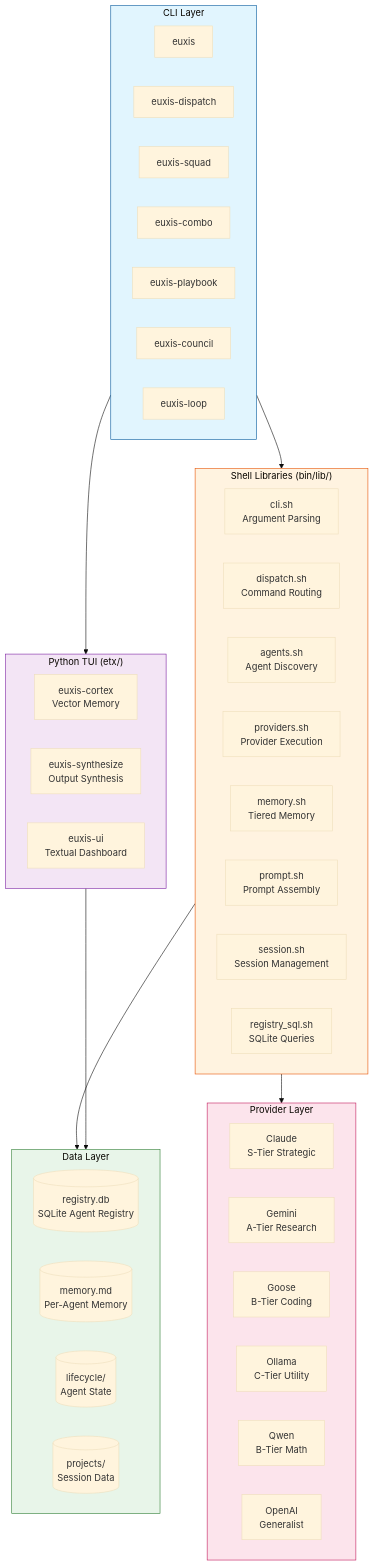
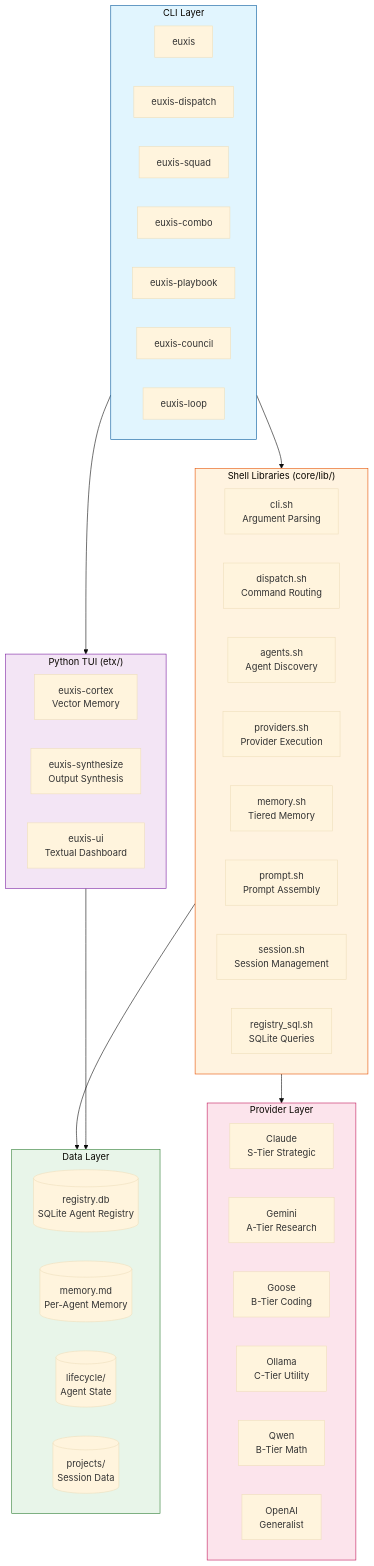
Before and after one commit to sebastienrousseau/euxis: the first of 16 diagrams in docs/essentials/architecture.md, drawn with Mermaid (base theme). The commit also changed 61 other files, not shown here.

First line of the commit message:
refactor: move shell libs to core module

````diff
--- a/docs/essentials/architecture.md
+++ b/docs/essentials/architecture.md
@@ -27,62 +27,62 @@
 ```mermaid
 flowchart TB
     subgraph CLI["CLI Layer"]
         direction LR
         euxis[euxis]
         dispatch[euxis-dispatch]
         squad[euxis-squad]
         combo[euxis-combo]
         playbook[euxis-playbook]
         council[euxis-council]
         loop[euxis-loop]
     end
 
-    subgraph ShellLib["Shell Libraries (bin/lib/)"]
+    subgraph ShellLib["Shell Libraries (core/lib/)"]
         direction LR
         cli_sh[cli.sh<br/>Argument Parsing]
         dispatch_sh[dispatch.sh<br/>Command Routing]
         agents_sh[agents.sh<br/>Agent Discovery]
         providers_sh[providers.sh<br/>Provider Execution]
         memory_sh[memory.sh<br/>Tiered Memory]
         prompt_sh[prompt.sh<br/>Prompt Assembly]
         session_sh[session.sh<br/>Session Management]
         registry_sql_sh[registry_sql.sh<br/>SQLite Queries]
     end
 
     subgraph TUI["Python TUI (etx/)"]
         direction LR
         cortex[euxis-cortex<br/>Vector Memory]
         synthesize[euxis-synthesize<br/>Output Synthesis]
         ui[euxis-ui<br/>Textual Dashboard]
     end
 
     subgraph Data["Data Layer"]
         direction LR
         registry[(registry.db<br/>SQLite Agent Registry)]
         memory_files[(memory.md<br/>Per-Agent Memory)]
         lifecycle[(lifecycle/<br/>Agent State)]
         projects[(projects/<br/>Session Data)]
     end
 
     subgraph Providers["Provider Layer"]
         direction LR
         claude[Claude<br/>S-Tier Strategic]
         gemini[Gemini<br/>A-Tier Research]
         goose[Goose<br/>B-Tier Coding]
         ollama[Ollama<br/>C-Tier Utility]
         qwen[Qwen<br/>B-Tier Math]
         openai[OpenAI<br/>Generalist]
     end
 
     CLI --> ShellLib
     CLI --> TUI
     ShellLib --> Data
     ShellLib --> Providers
     TUI --> Data
 
     style CLI fill:#e1f5fe,stroke:#01579b
     style ShellLib fill:#fff3e0,stroke:#e65100
     style TUI fill:#f3e5f5,stroke:#7b1fa2
     style Data fill:#e8f5e9,stroke:#2e7d32
     style Providers fill:#fce4ec,stroke:#c2185b
 ```
````
